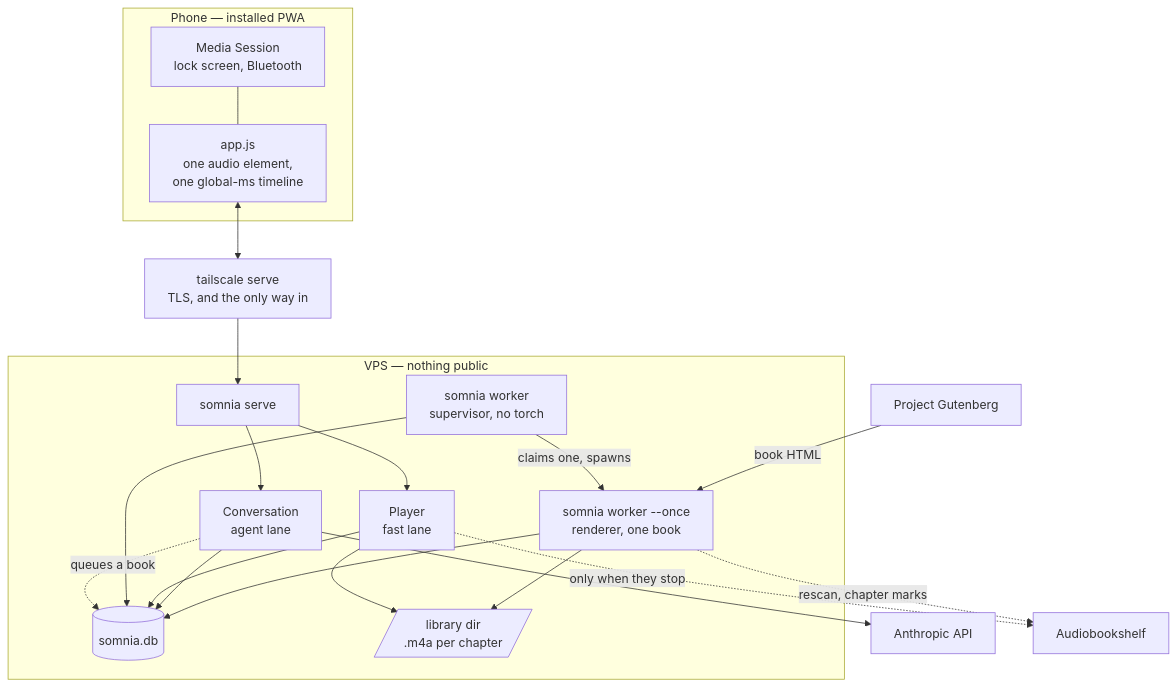
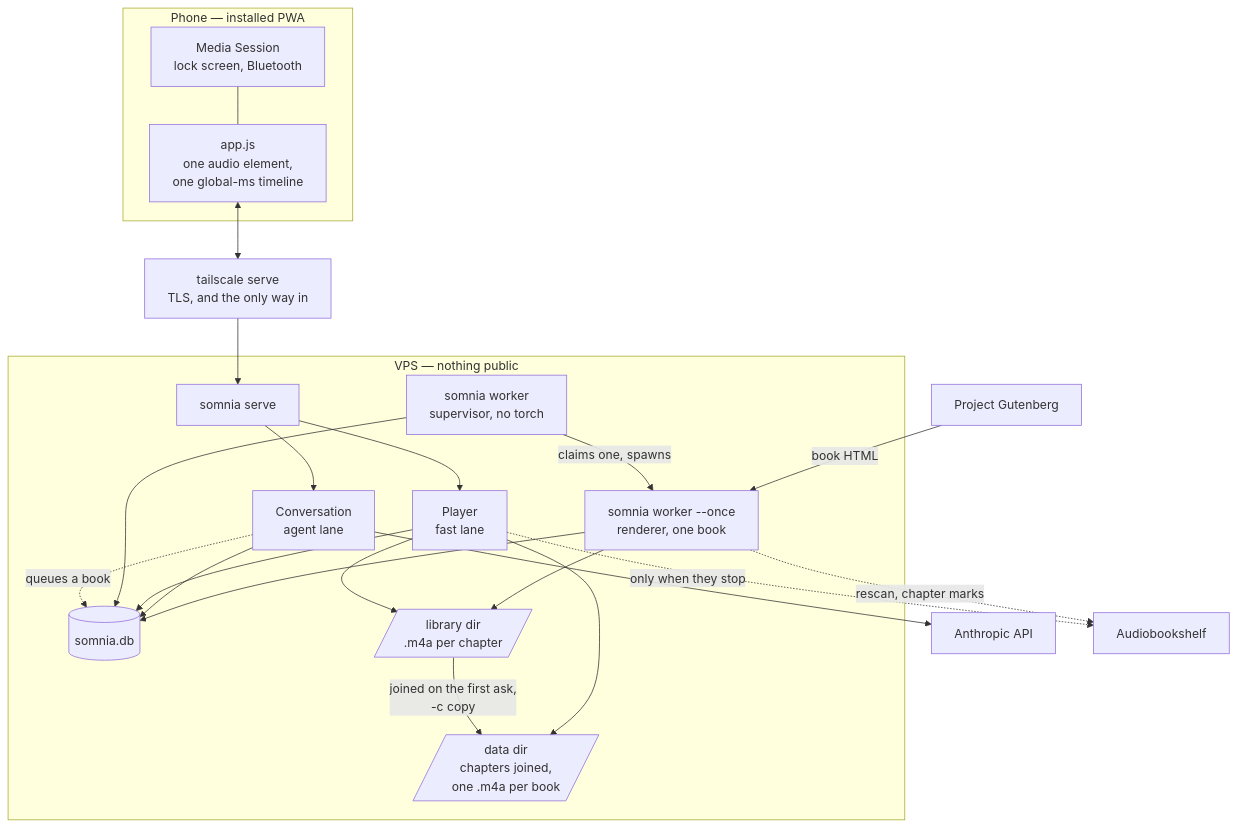
Before and after one commit to gilesknap/somnia: the first of 5 diagrams in docs/explanations/architecture.md, drawn with Mermaid. The commit also changed other lines of this file and 8 other files, not shown here.

````diff
--- a/docs/explanations/architecture.md
+++ b/docs/explanations/architecture.md
@@ -28,36 +28,39 @@
 ```mermaid
 flowchart TB
   subgraph Phone["Phone — installed PWA"]
     ms["Media Session<br>lock screen, Bluetooth"] --- page["app.js<br>one audio element,<br>one global-ms timeline"]
   end
 
   ts["tailscale serve<br>TLS, and the only way in"]
 
   subgraph VPS["VPS — nothing public"]
     serve["somnia serve"]
     player["Player<br>fast lane"]
     agent["Conversation<br>agent lane"]
     worker["somnia worker<br>supervisor, no torch"]
     ingest["somnia worker --once<br>renderer, one book"]
     db[("somnia.db")]
     files[/"library dir<br>.m4a per chapter"/]
+    joins[/"data dir<br>chapters joined,<br>one .m4a per book"/]
   end
 
   api["Anthropic API"]
   gut["Project Gutenberg"]
   abs["Audiobookshelf"]
 
   page <--> ts
   ts --> serve
   serve --> player & agent
   agent --> api
   agent -.->|"queues a book"| db
   worker -->|"claims one, spawns"| ingest
   worker --> db
   gut -->|"book HTML"| ingest
   player --> db & files
+  files -->|"joined on the first ask,<br>-c copy"| joins
+  player --> joins
   agent --> db
   ingest --> db & files
   player -.->|"only when they stop"| abs
   ingest -.->|"rescan, chapter marks"| abs
 ```
````
